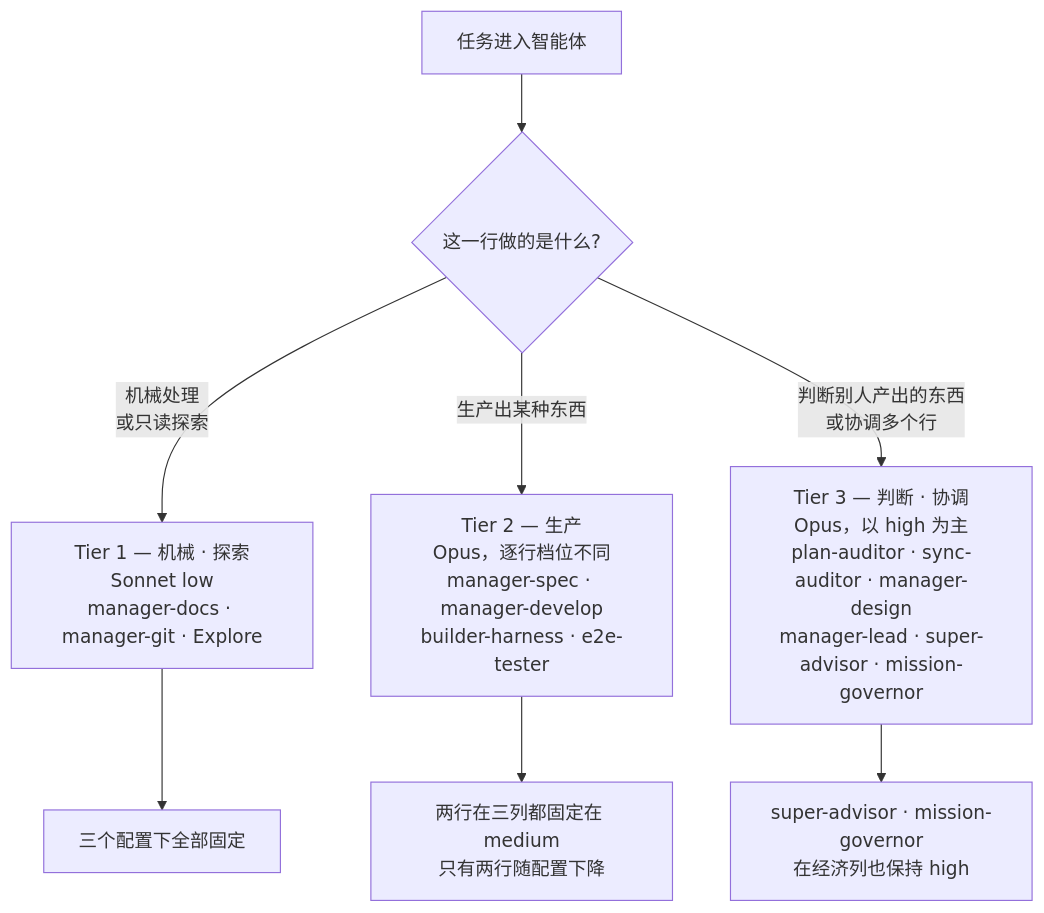
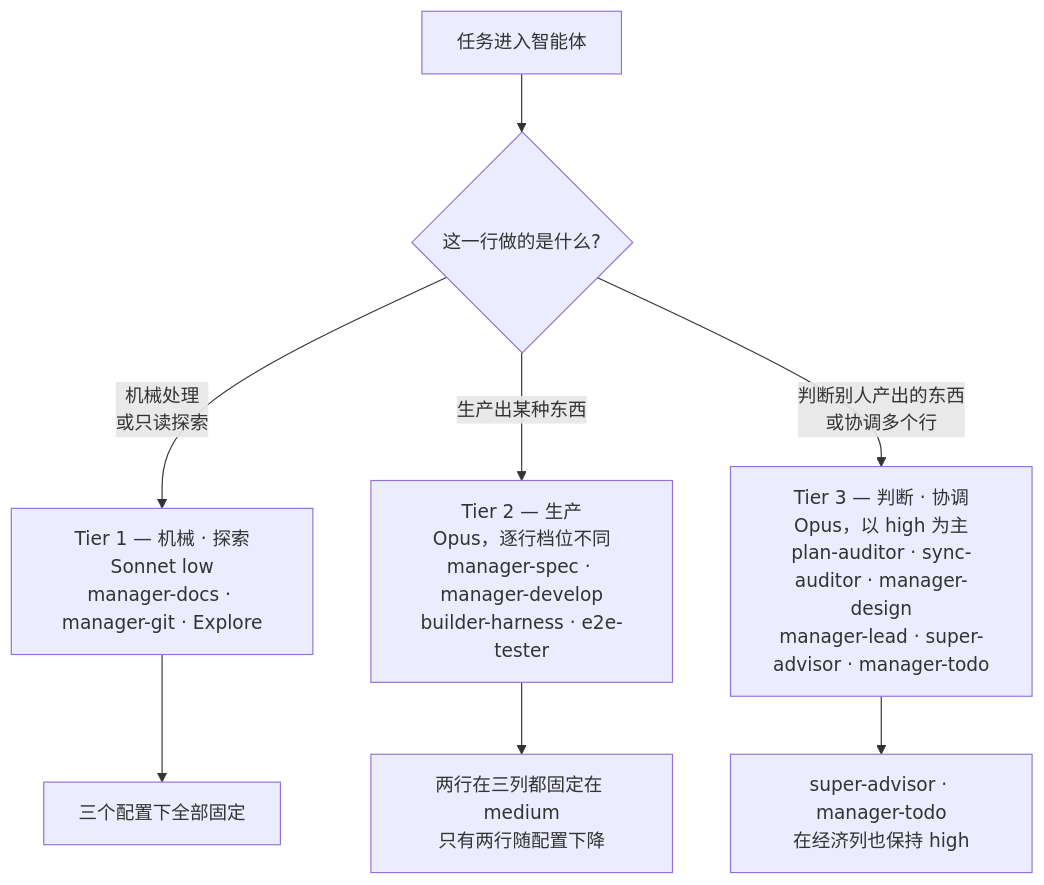
The second of 2 diagrams in docs-site/content/zh/advanced/no-haiku-3tier.md (modu-ai/moai-adk), drawn with Mermaid before and after one commit. The commit also changed other lines of this file and 33 other files, not shown here.

First line of the commit message:
docs(SPEC-MANAGER-TODO-001): M5 docs-site manager-todo refresh + run-phase evidence (card t1306)

````diff
--- a/docs-site/content/zh/advanced/no-haiku-3tier.md
+++ b/docs-site/content/zh/advanced/no-haiku-3tier.md
@@ -76,15 +76,15 @@
 ```mermaid
 flowchart TD
     START["任务进入智能体"] --> Q{"这一行做的是什么?"}
     Q -- "机械处理<br/>或只读探索" --> T1
     Q -- "生产出某种东西" --> T2
     Q -- "判断别人产出的东西<br/>或协调多个行" --> T3
 
     T1["Tier 1 — 机械 · 探索<br/>Sonnet low<br/>manager-docs · manager-git · Explore"]
     T2["Tier 2 — 生产<br/>Opus，逐行档位不同<br/>manager-spec · manager-develop<br/>builder-harness · e2e-tester"]
-    T3["Tier 3 — 判断 · 协调<br/>Opus，以 high 为主<br/>plan-auditor · sync-auditor · manager-design<br/>manager-lead · super-advisor · mission-governor"]
+    T3["Tier 3 — 判断 · 协调<br/>Opus，以 high 为主<br/>plan-auditor · sync-auditor · manager-design<br/>manager-lead · super-advisor · manager-todo"]
 
     T1 --> NOTE["三个配置下全部固定"]
     T2 --> NOTE2["两行在三列都固定在 medium<br/>只有两行随配置下降"]
-    T3 --> NOTE3["super-advisor · mission-governor<br/>在经济列也保持 high"]
+    T3 --> NOTE3["super-advisor · manager-todo<br/>在经济列也保持 high"]
 ```
````
